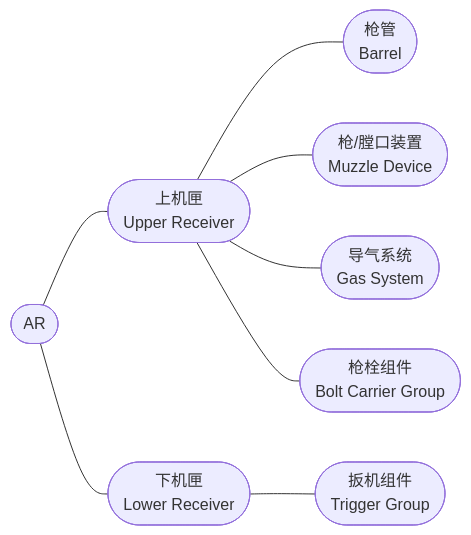
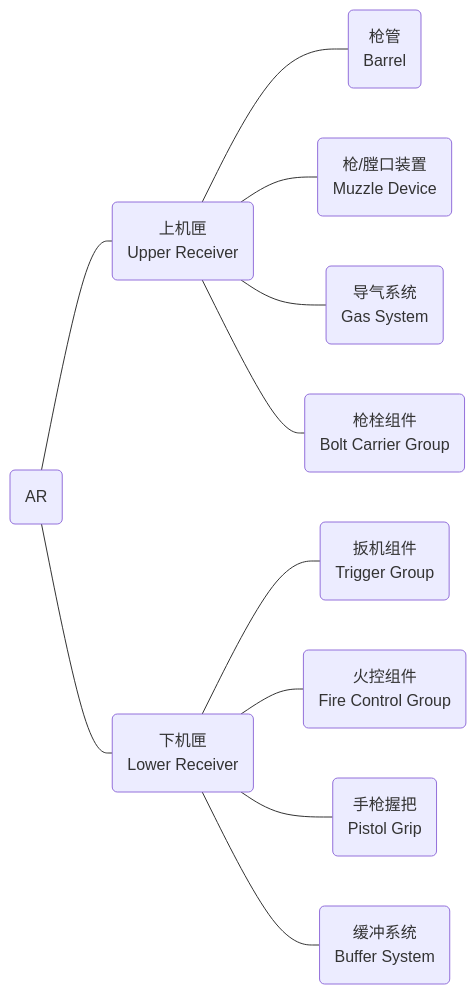
Before and after one commit to seraphdoo/BuildingGun: the diagram in README.md, drawn with Mermaid.

````diff
--- a/README.md
+++ b/README.md
@@ -3,26 +3,35 @@
 ```mermaid
 
 graph LR;
-  ar([AR]);
-  up([上机匣
-  Upper Receiver]);
-  lo([下机匣
-  Lower Receiver]);
-  barr([枪管
-  Barrel]);
-  muzz([枪/膛口装置
-  Muzzle Device]);
-  gas([导气系统
-  Gas System]);
-  bolt([枪栓组件
-  Bolt Carrier Group]);
-  trig([扳机组件
-  Trigger Group]);
+  ar(AR);
+  up(上机匣
+  Upper Receiver);
+  lo(下机匣
+  Lower Receiver);
+  barr(枪管
+  Barrel);
+  muzz(枪/膛口装置
+  Muzzle Device);
+  gas(导气系统
+  Gas System);
+  bolt(枪栓组件
+  Bolt Carrier Group);
+  trig(扳机组件
+  Trigger Group);
+  fire(火控组件
+  Fire Control Group);
+  pist(手枪握把
+  Pistol Grip);
+  buff(缓冲系统
+  Buffer System);
   ar --- up;
   ar --- lo;
   up --- barr;
   up --- muzz;
   up --- gas;
   up --- bolt;
   lo --- trig;
+  lo --- fire;
+  lo --- pist;
+  lo --- buff;
 ```
````
